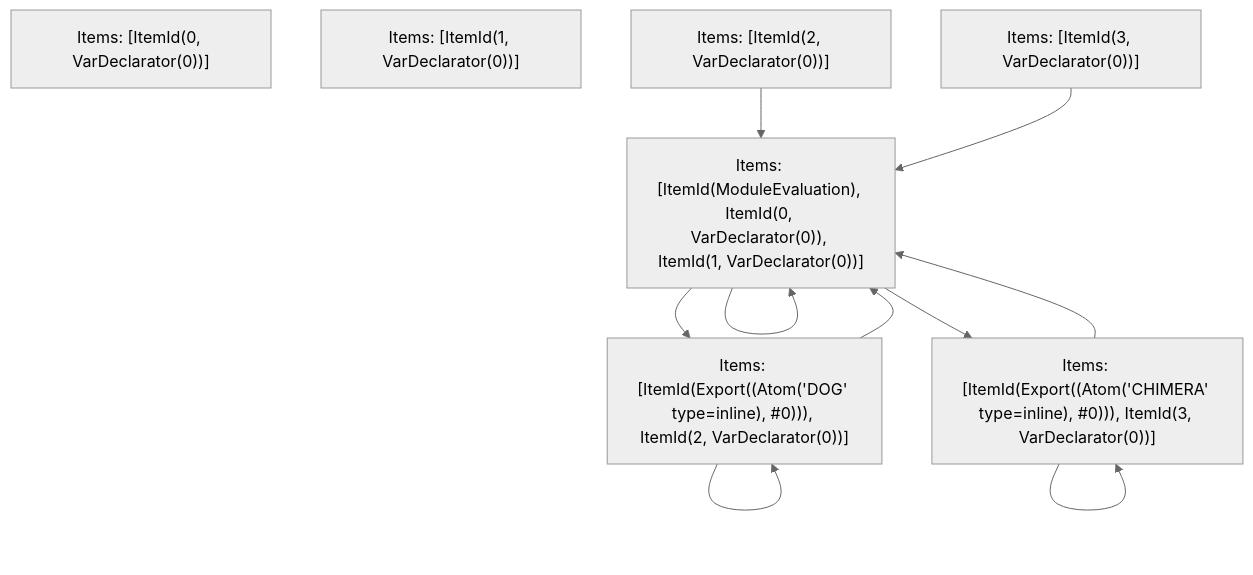
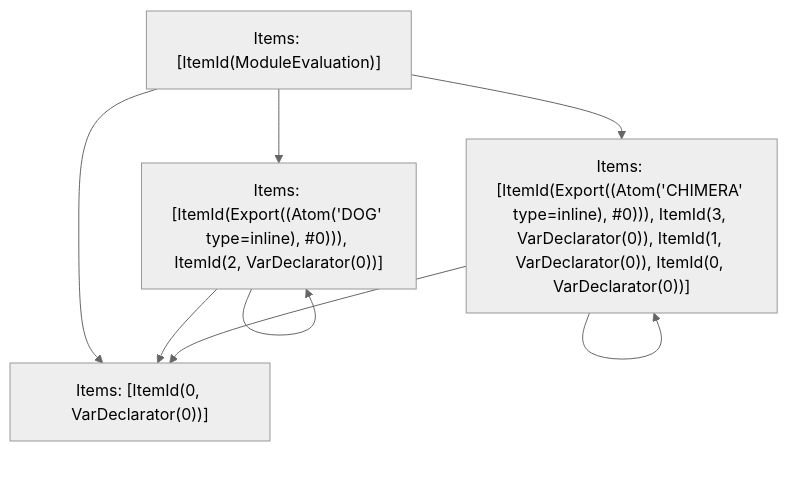
The fifth of 5 diagrams in crates/turbopack-ecmascript/tests/tree-shaker/analyzer/simple/output.md (vercel/turborepo), drawn with Mermaid (neutral theme) before and after one commit. The commit also changed 2 other files, not shown here.

Commit message:
Update test refs

````diff
--- a/crates/turbopack-ecmascript/tests/tree-shaker/analyzer/simple/output.md
+++ b/crates/turbopack-ecmascript/tests/tree-shaker/analyzer/simple/output.md
@@ -124,19 +124,14 @@
 ```mermaid
 graph TD
-    N0["Items: [ItemId(0, VarDeclarator(0))]"];
-    N1["Items: [ItemId(1, VarDeclarator(0))]"];
-    N2["Items: [ItemId(2, VarDeclarator(0))]"];
-    N3["Items: [ItemId(3, VarDeclarator(0))]"];
-    N4["Items: [ItemId(ModuleEvaluation), ItemId(0, VarDeclarator(0)), ItemId(1, VarDeclarator(0))]"];
-    N5["Items: [ItemId(Export((Atom('DOG' type=inline), #0))), ItemId(2, VarDeclarator(0))]"];
-    N6["Items: [ItemId(Export((Atom('CHIMERA' type=inline), #0))), ItemId(3, VarDeclarator(0))]"];
-    N2 --> N4;
-    N3 --> N4;
-    N4 --> N4;
-    N4 --> N5;
-    N4 --> N6;
-    N5 --> N5;
-    N5 --> N4;
-    N6 --> N6;
-    N6 --> N4;
+    N0["Items: [ItemId(ModuleEvaluation)]"];
+    N1["Items: [ItemId(Export((Atom('DOG' type=inline), #0))), ItemId(2, VarDeclarator(0))]"];
+    N2["Items: [ItemId(Export((Atom('CHIMERA' type=inline), #0))), ItemId(3, VarDeclarator(0)), ItemId(1, VarDeclarator(0)), ItemId(0, VarDeclarator(0))]"];
+    N3["Items: [ItemId(0, VarDeclarator(0))]"];
+    N0 --> N3;
+    N0 --> N1;
+    N0 --> N2;
+    N1 --> N1;
+    N1 --> N3;
+    N2 --> N2;
+    N2 --> N3;
 ```
````
